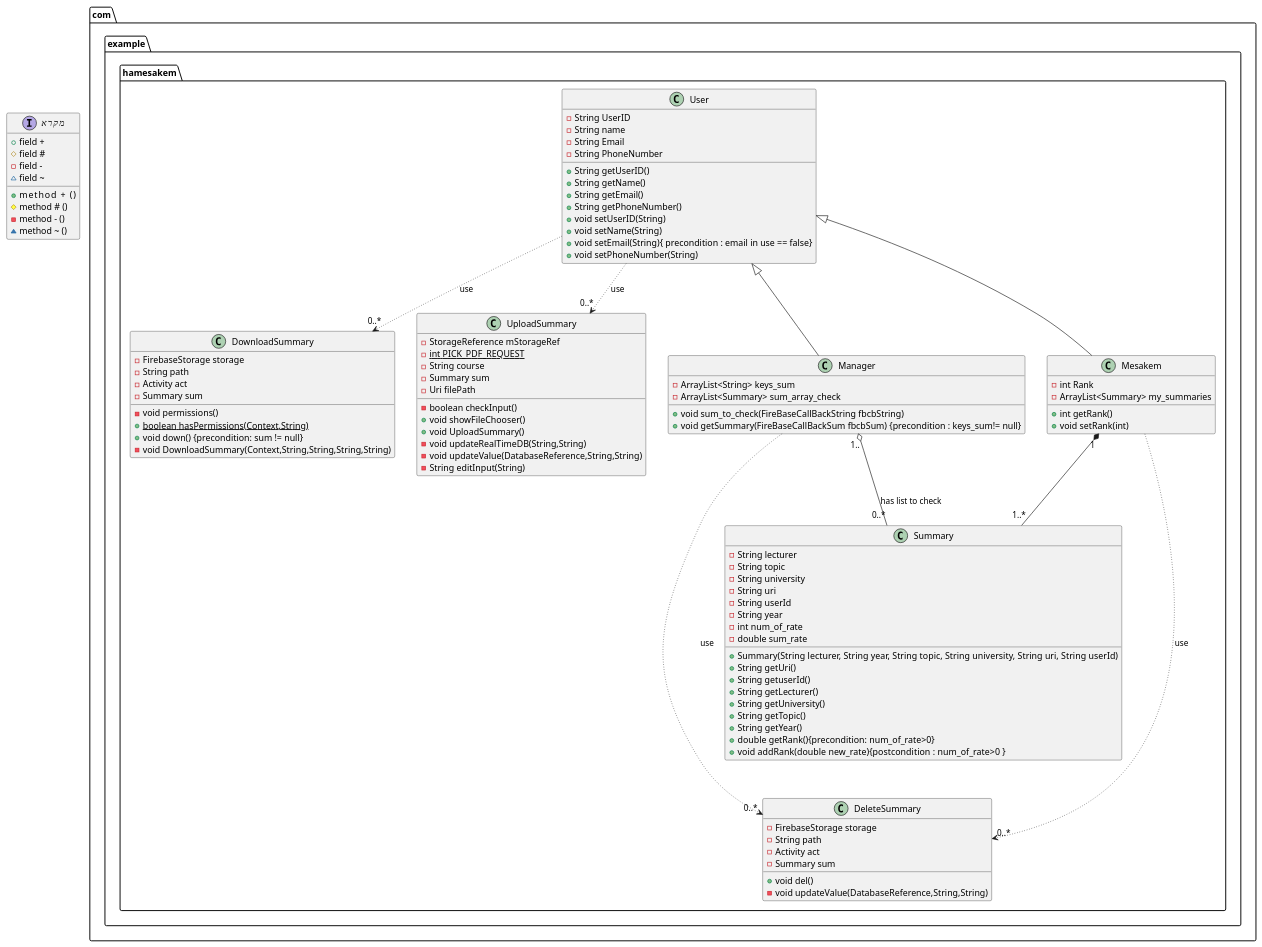
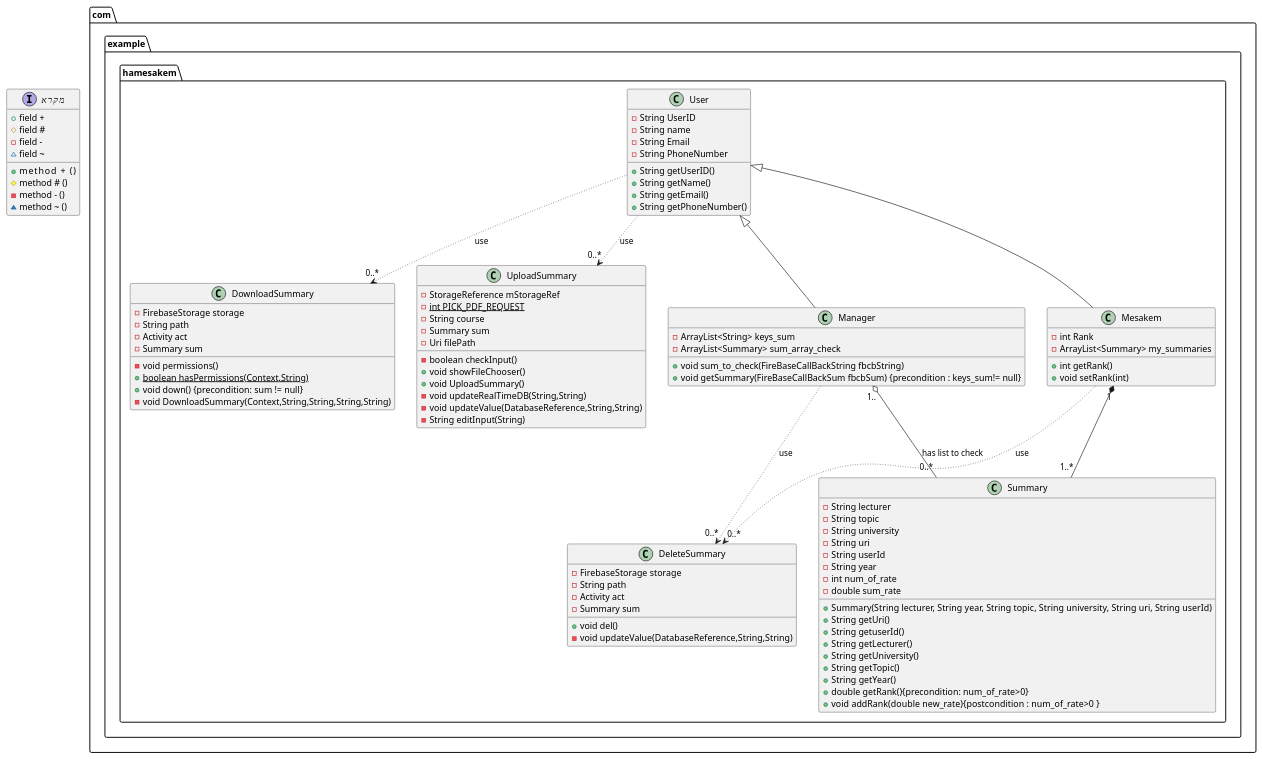
The diagram in app/UML/class diagram.puml (boaz30333/Hamesakem--Android-app), drawn with PlantUML before and after one commit.

Commit message:
classDiagram

```diff
--- a/app/UML/class diagram.puml
+++ b/app/UML/class diagram.puml
@@ -1,115 +1,111 @@
 @startuml
 class com.example.hamesakem.DeleteSummary {
 - FirebaseStorage storage
 - String path
 - Activity act
 - Summary sum
 + void del()
 - void updateValue(DatabaseReference,String,String)
 }
 
 Interface מקרא {
 +  field +
 +  method  +    ()
 #  field #
 # method # ()
 - field -
 - method - ()
 ~ field ~
 ~ method ~ ()
 
 
 }
 class com.example.hamesakem.DownloadSummary {
 - FirebaseStorage storage
 - String path
 - Activity act
 - Summary sum
 - void permissions()
 + {static} boolean hasPermissions(Context,String)
 + void down() {precondition: sum != null}
 - void DownloadSummary(Context,String,String,String,String)
 }
 
 
 
 class com.example.hamesakem.UploadSummary {
 - StorageReference mStorageRef
 - {static} int PICK_PDF_REQUEST
 - String course
 - Summary sum
 - Uri filePath
 - boolean checkInput()
 + void showFileChooser()
 + void UploadSummary()
 - void updateRealTimeDB(String,String)
 - void updateValue(DatabaseReference,String,String)
 - String editInput(String)
 }
 
 class com.example.hamesakem.Manager {
 - ArrayList<String> keys_sum
 - ArrayList<Summary> sum_array_check
 + void sum_to_check(FireBaseCallBackString fbcbString)
 + void getSummary(FireBaseCallBackSum fbcbSum) {precondition : keys_sum!= null}
 }
 
 class com.example.hamesakem.User {
 - String UserID
 - String name
 - String Email
 - String PhoneNumber
 + String getUserID()
 + String getName()
 + String getEmail()
 + String getPhoneNumber()
-+ void setUserID(String)
-+ void setName(String)
-+ void setEmail(String){ precondition : email in use == false}
-+ void setPhoneNumber(String)
 }
 
 class com.example.hamesakem.Mesakem {
 - int Rank
 - ArrayList<Summary> my_summaries
 
 + int getRank()
 + void setRank(int)
 
 }
 
 class com.example.hamesakem.Summary {
 - String lecturer
 - String topic
 - String university
 - String uri
 - String userId
 - String year
 - int num_of_rate
 - double sum_rate
 +   Summary(String lecturer, String year, String topic, String university, String uri, String userId)
 + String getUri()
 + String getuserId()
 + String getLecturer()
 + String getUniversity()
 + String getTopic()
 + String getYear()
 + double getRank(){precondition: num_of_rate>0}
 + void addRank(double new_rate){postcondition :  num_of_rate>0 }
 }
 
 
 
 com.example.hamesakem.User <|-- com.example.hamesakem.Mesakem
 com.example.hamesakem.User <|-- com.example.hamesakem.Manager
 
 com.example.hamesakem.Manager "1.." o-- "0..*" com.example.hamesakem.Summary : has list to check
 com.example.hamesakem.Mesakem "1" *-- "1..*" com.example.hamesakem.Summary
 
-com.example.hamesakem.Manager  -[dotted]--> "0..*" com.example.hamesakem.DeleteSummary : use
+com.example.hamesakem.Manager  -[dotted]-> "0..*" com.example.hamesakem.DeleteSummary : use
 com.example.hamesakem.Mesakem  -[dotted]-> "0..*" com.example.hamesakem.DeleteSummary : use
 com.example.hamesakem.User  -[dotted]-> "0..*" com.example.hamesakem.DownloadSummary : use
 com.example.hamesakem.User  -[dotted]-> "0..*" com.example.hamesakem.UploadSummary : use
 
 
 @enduml
```
